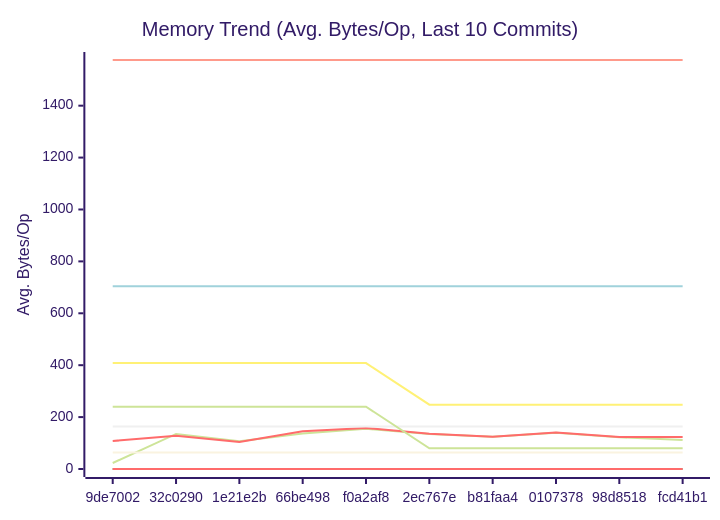
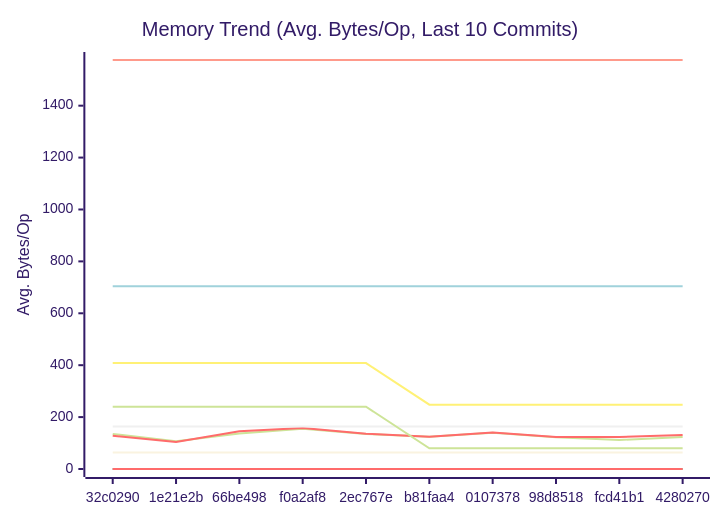
Before and after one commit to alsotoes/momo: the second of 3 diagrams in docs/PERFORMANCE.md, drawn with Mermaid (forest theme). The commit also changed other lines of this file and 3 other files, not shown here.

````diff
--- a/docs/PERFORMANCE.md
+++ b/docs/PERFORMANCE.md
@@ -171,20 +171,20 @@
 ```mermaid
 xychart-beta
     title "Memory Trend (Avg. Bytes/Op, Last 10 Commits)"
     x-axis "Commit"
     y-axis "Avg. Bytes/Op"
-    x-axis [9de7002,32c0290,1e21e2b,66be498,f0a2af8,2ec767e,b81faa4,0107378,98d8518,fcd41b1]
-    line "AWSChunkedReaderSigned" [23,135,107,137,155,135,124,140,122,112]
-    line "AWSChunkedReaderUnsigned" [108,128,104,145,158,136,124,141,123,123]
+    x-axis [32c0290,1e21e2b,66be498,f0a2af8,2ec767e,b81faa4,0107378,98d8518,fcd41b1,4280270]
+    line "AWSChunkedReaderSigned" [135,107,137,155,135,124,140,122,112,123]
+    line "AWSChunkedReaderUnsigned" [128,104,145,158,136,124,141,123,123,131]
     line "CheckMetricsAndSwap" [0,0,0,0,0,0,0,0,0,0]
     line "CrushOptimized" [0,0,0,0,0,0,0,0,0,0]
     line "CrushOriginal" [164,164,164,164,164,164,164,164,164,164]
     line "IndexDirectTracking" [0,0,0,0,0,0,0,0,0,0]
     line "IndexSearch" [0,0,0,0,0,0,0,0,0,0]
     line "LoadGlobalConfig" [1576,1576,1576,1576,1576,1576,1576,1576,1576,1576]
     line "PadString" [64,64,64,64,64,64,64,64,64,64]
     line "ParseReplicationOrder_NoPrealloc" [408,408,408,408,408,248,248,248,248,248]
     line "ParseReplicationOrder_Prealloc" [240,240,240,240,240,80,80,80,80,80]
     line "SanitizeLog/Safe" [0,0,0,0,0,0,0,0,0,0]
     line "SanitizeLog/Unsafe" [704,704,704,704,704,704,704,704,704,704]
 ```
````
